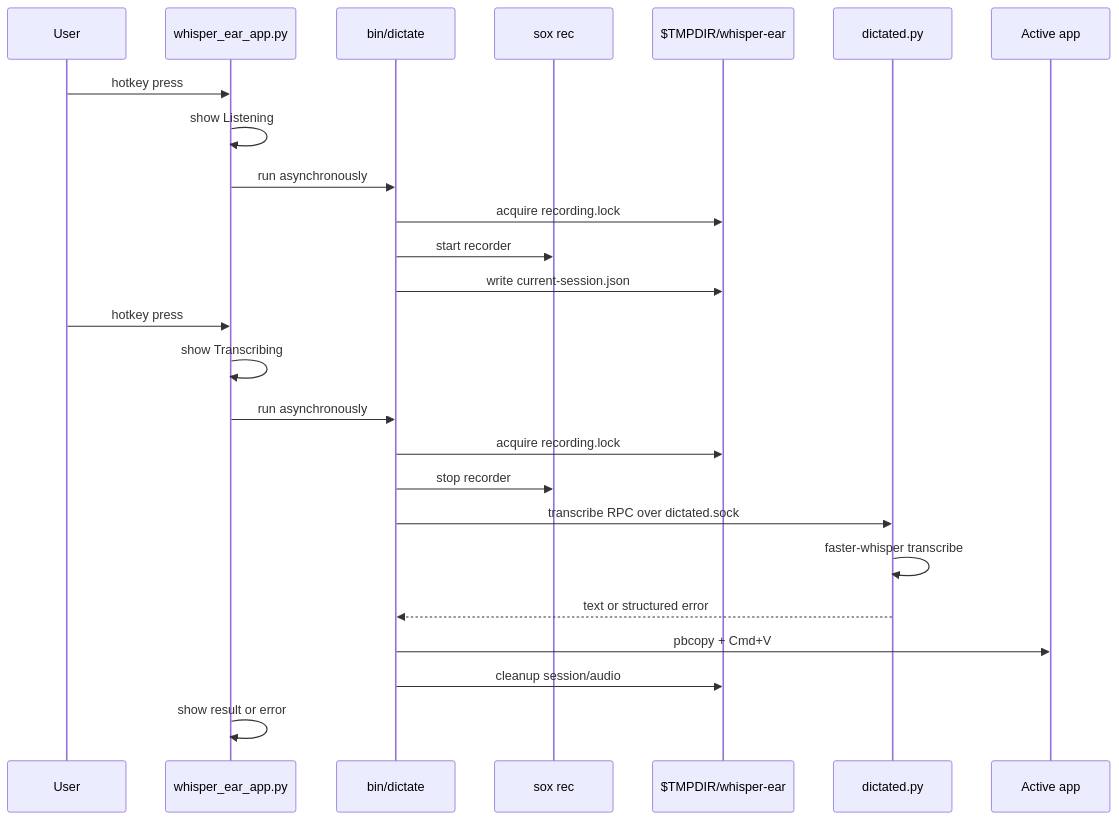
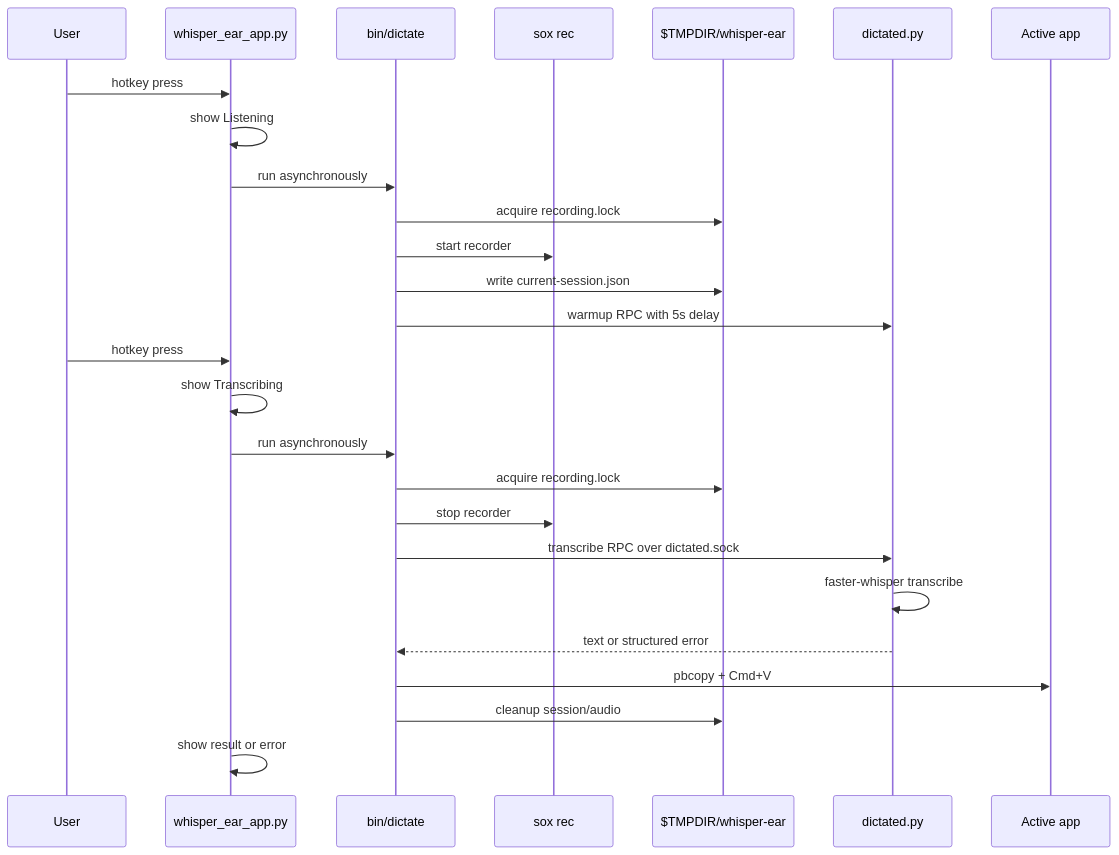
The second of 4 diagrams in docs/architecture.md (andkirby/whisper-ear), drawn with Mermaid before and after one commit. The commit also changed other lines of this file and 15 other files, not shown here.

````diff
--- a/docs/architecture.md
+++ b/docs/architecture.md
@@ -48,29 +49,30 @@
 ```mermaid
 sequenceDiagram
     participant User
     participant App as whisper_ear_app.py
     participant CLI as bin/dictate
     participant Rec as sox rec
     participant Runtime as $TMPDIR/whisper-ear
     participant Daemon as dictated.py
     participant Target as Active app
 
     User->>App: hotkey press
     App->>App: show Listening
     App->>CLI: run asynchronously
     CLI->>Runtime: acquire recording.lock
     CLI->>Rec: start recorder
     CLI->>Runtime: write current-session.json
+    CLI->>Daemon: warmup RPC with 5s delay
 
     User->>App: hotkey press
     App->>App: show Transcribing
     App->>CLI: run asynchronously
     CLI->>Runtime: acquire recording.lock
     CLI->>Rec: stop recorder
     CLI->>Daemon: transcribe RPC over dictated.sock
     Daemon->>Daemon: faster-whisper transcribe
     Daemon-->>CLI: text or structured error
     CLI->>Target: pbcopy + Cmd+V
     CLI->>Runtime: cleanup session/audio
     App->>App: show result or error
 ```
````
